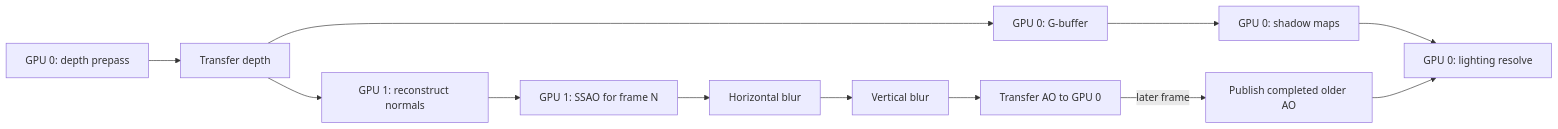
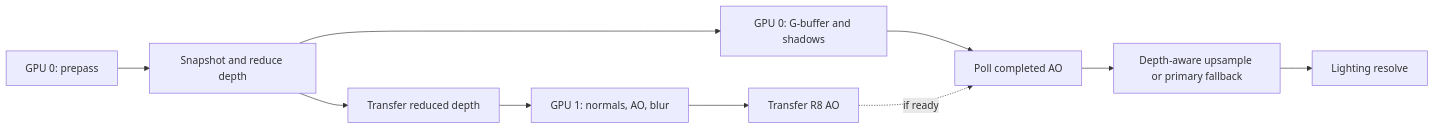
Before and after one commit to absolutez3ro/NauEnginePublic: the diagram in doc/ambient_occlusion.md, drawn with Mermaid. The commit also changed other lines of this file and 15 other files, not shown here.

Commit message:
Reduce SSAO resolution and receive completed maps before lighting

````diff
--- a/doc/ambient_occlusion.md
+++ b/doc/ambient_occlusion.md
@@ -36,14 +37,12 @@
 ```mermaid
 flowchart LR
-    Z[GPU 0: depth prepass] --> T[Transfer depth]
-    T --> N[GPU 1: reconstruct normals]
-    N --> A[GPU 1: SSAO for frame N]
-    A --> H[Horizontal blur]
-    H --> V[Vertical blur]
-    V --> O[Transfer AO to GPU 0]
-    O -->|later frame| C[Publish completed older AO]
-    T --> G[GPU 0: G-buffer]
-    G --> S[GPU 0: shadow maps]
-    S --> R[GPU 0: lighting resolve]
-    C --> R
+    Z[GPU 0: prepass] --> S[Snapshot and reduce depth]
+    S --> T[Transfer reduced depth]
+    T --> N[GPU 1: normals, AO, blur]
+    N --> O[Transfer R8 AO]
+    S --> G[GPU 0: G-buffer and shadows]
+    G --> C[Poll completed AO]
+    O -. if ready .-> C
+    C --> U[Depth-aware upsample or primary fallback]
+    U --> R[Lighting resolve]
 ```
````
